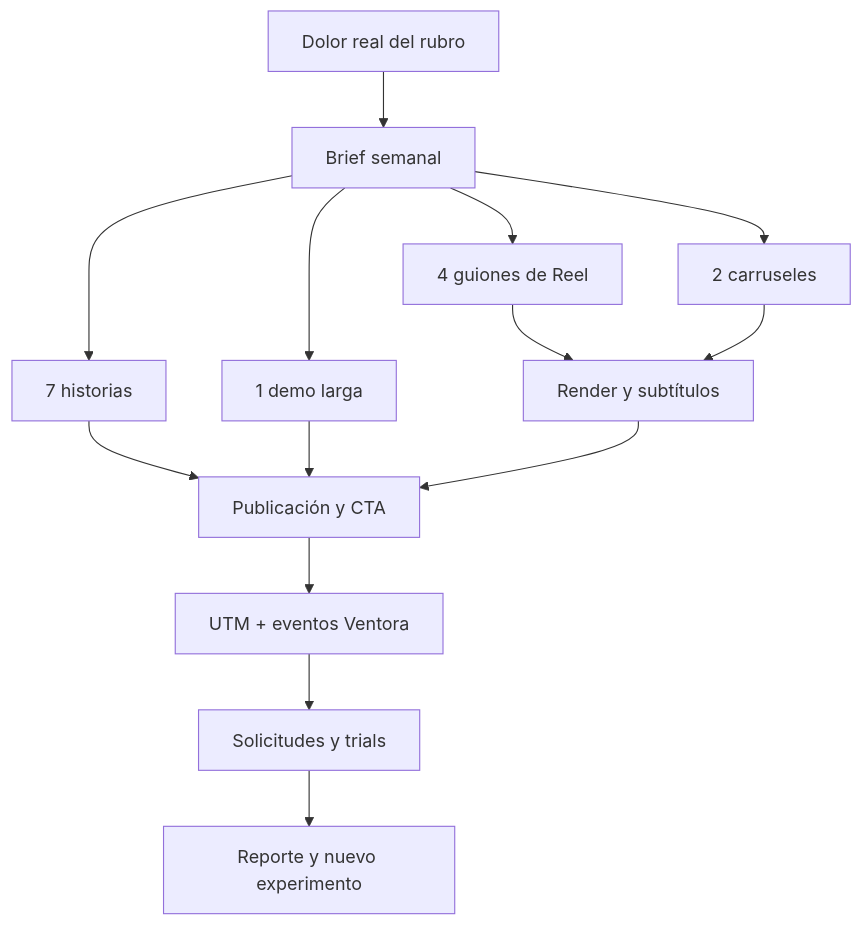
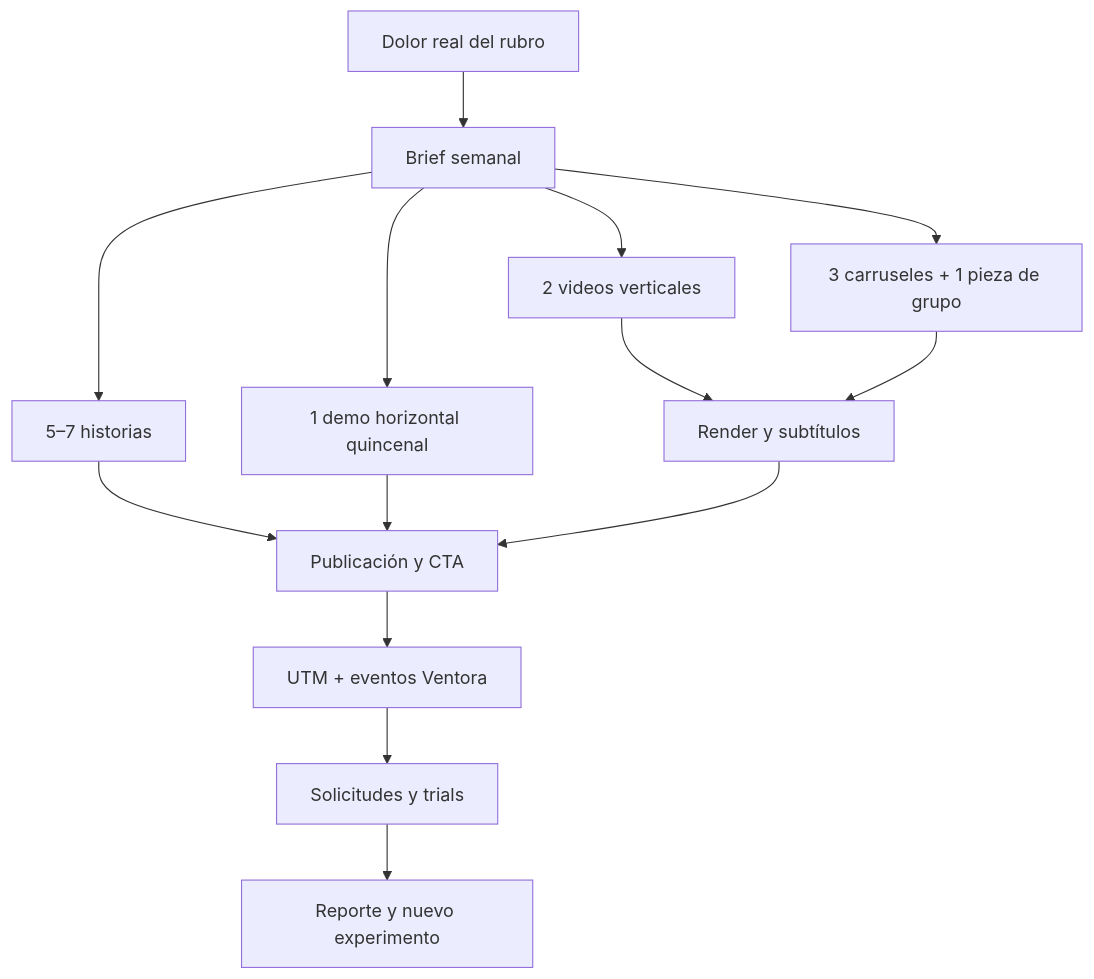
The diagram in docs/VENTORA_MARKETING_OPERATING_SYSTEM.md (AArenasValdes/vidrios-saas), drawn with Mermaid before and after one commit. The commit also changed other lines of this file and 18 other files, not shown here.

````diff
--- a/docs/VENTORA_MARKETING_OPERATING_SYSTEM.md
+++ b/docs/VENTORA_MARKETING_OPERATING_SYSTEM.md
@@ -75,16 +75,16 @@
 ```mermaid
 flowchart TD
     A[Dolor real del rubro] --> B[Brief semanal]
-    B --> C[4 guiones de Reel]
-    B --> D[2 carruseles]
-    B --> E[7 historias]
-    B --> F[1 demo larga]
+    B --> C[2 videos verticales]
+    B --> D[3 carruseles + 1 pieza de grupo]
+    B --> E[5–7 historias]
+    B --> F[1 demo horizontal quincenal]
     C --> G[Render y subtítulos]
     D --> G
     E --> H[Publicación y CTA]
     F --> H
     G --> H
     H --> I[UTM + eventos Ventora]
     I --> J[Solicitudes y trials]
     J --> K[Reporte y nuevo experimento]
 ```
````
